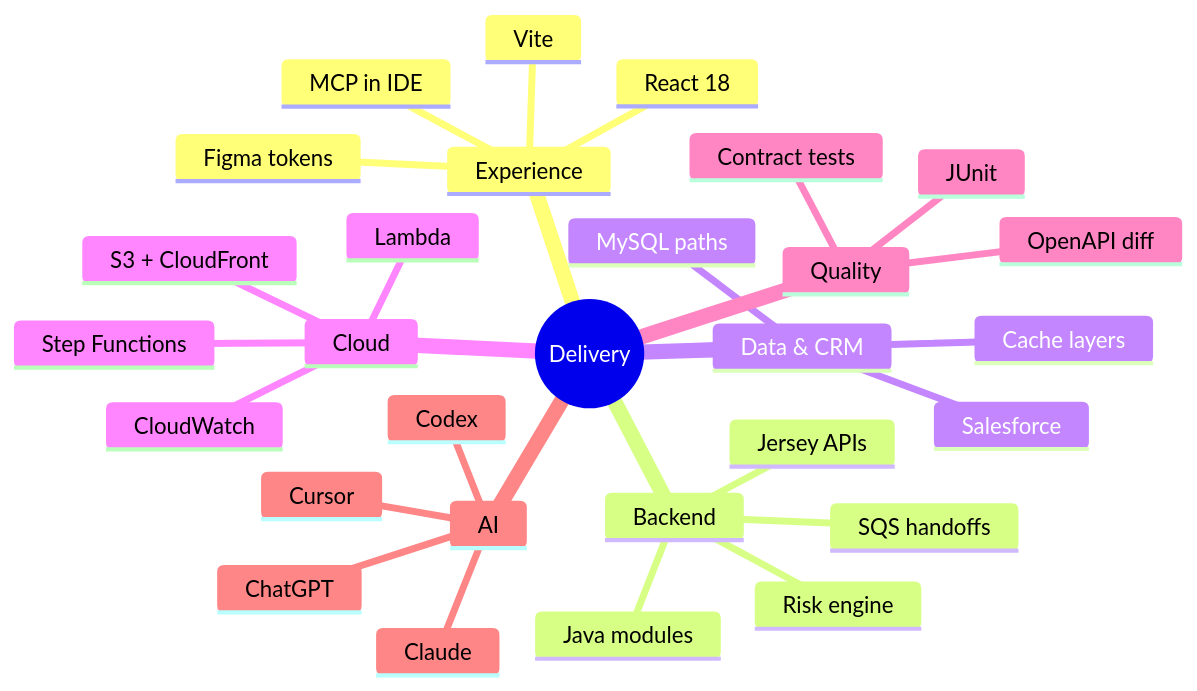
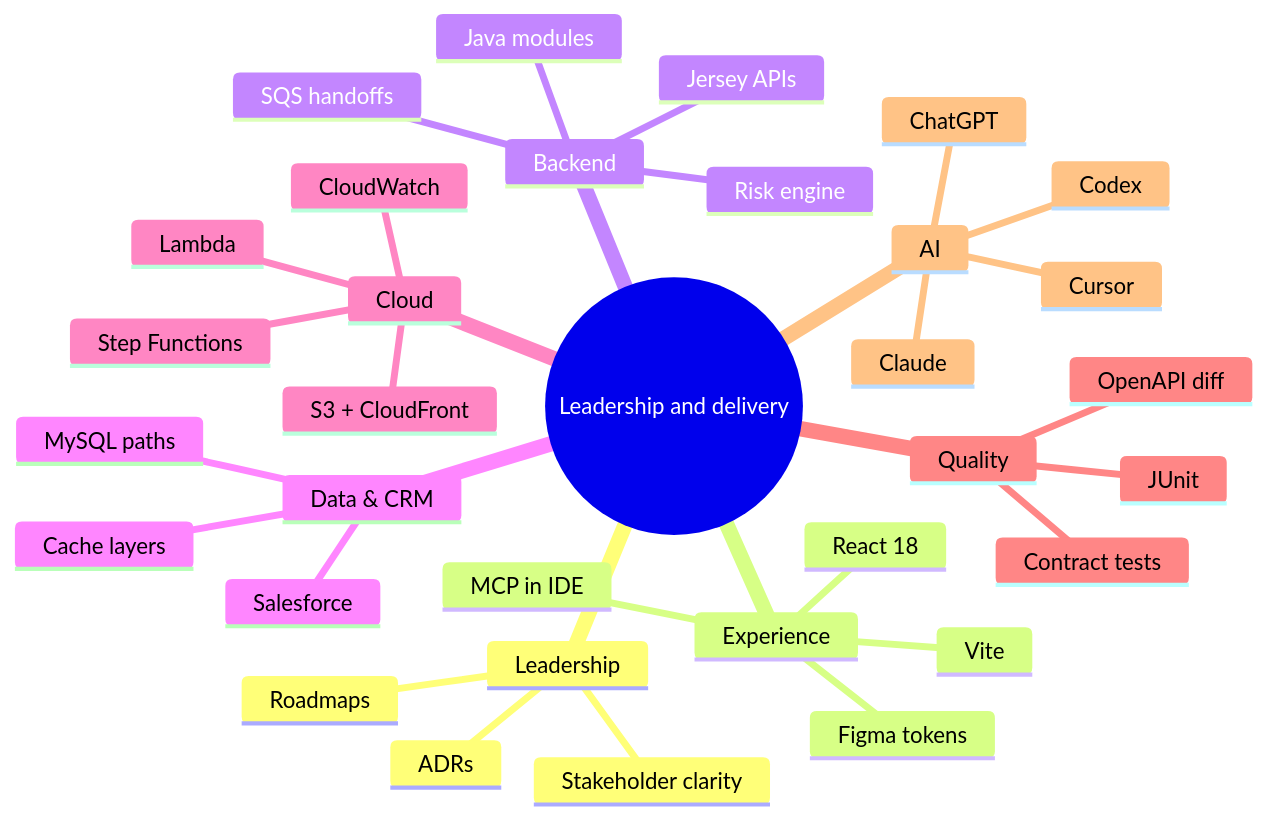
One commit to tomm1990/tomm1990 changed the fourth of 6 diagrams in README.md. Above: the diagram before and after it, drawn with Mermaid. The commit also changed other lines of this file, not shown here.

First line of the commit message:
docs(profile): light-theme widgets, stats fix, and mermaid refresh

````diff
--- a/README.md
+++ b/README.md
@@ -223,32 +211,36 @@
 ```mermaid
 mindmap
-  root((Delivery))
+  root((Leadership and delivery))
+    Leadership
+      Roadmaps
+      ADRs
+      Stakeholder clarity
     Experience
       React 18
       Vite
       Figma tokens
       MCP in IDE
     Backend
       Java modules
       Jersey APIs
       Risk engine
       SQS handoffs
     Data & CRM
       Salesforce
       MySQL paths
       Cache layers
     Cloud
       Lambda
       Step Functions
       CloudWatch
       S3 + CloudFront
     Quality
       JUnit
       Contract tests
       OpenAPI diff
     AI
       Cursor
       Codex
       Claude
       ChatGPT
 ```
````
